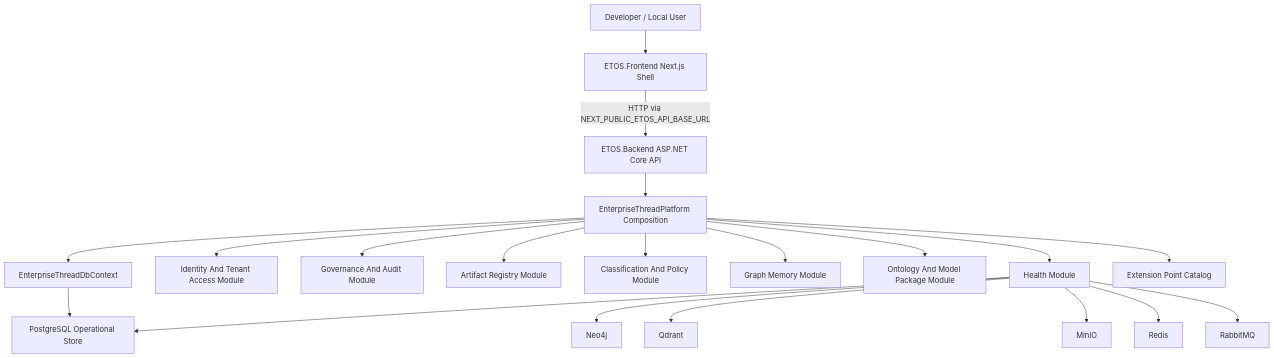
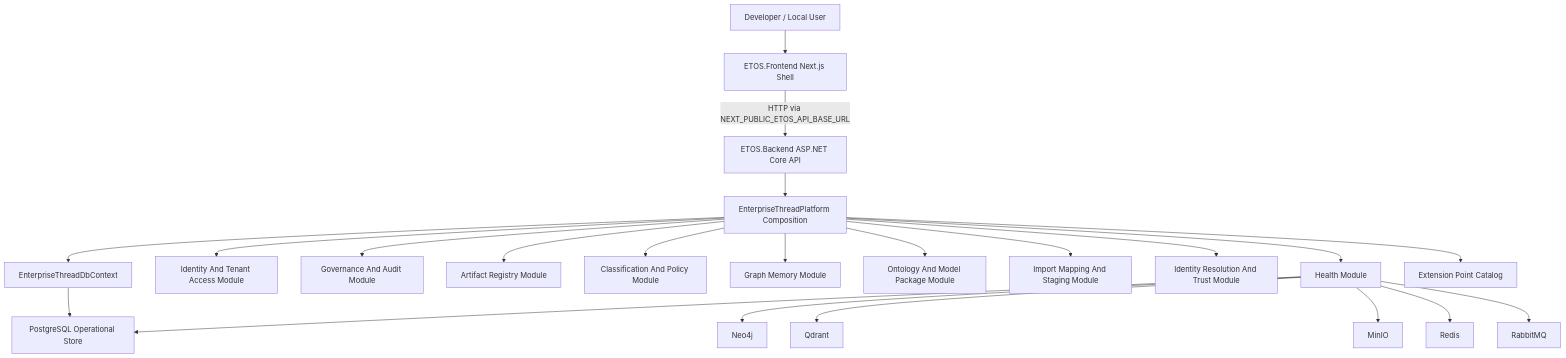
Before and after one commit to aribhw1892/EnterpriseThreadOS: the diagram in ARCHITECTURE.md, drawn with Mermaid. The commit also changed other lines of this file and 30 other files, not shown here.

````diff
--- a/ARCHITECTURE.md
+++ b/ARCHITECTURE.md
@@ -9,24 +9,26 @@
 ```mermaid
 flowchart TB
     user["Developer / Local User"] --> frontend["ETOS.Frontend Next.js Shell"]
     frontend -->|"HTTP via NEXT_PUBLIC_ETOS_API_BASE_URL"| backend["ETOS.Backend ASP.NET Core API"]
 
     backend --> platform["EnterpriseThreadPlatform Composition"]
     platform --> health["Health Module"]
     platform --> identity["Identity And Tenant Access Module"]
     platform --> governance["Governance And Audit Module"]
     platform --> artifacts["Artifact Registry Module"]
     platform --> classification["Classification And Policy Module"]
     platform --> graphmemory["Graph Memory Module"]
     platform --> ontology["Ontology And Model Package Module"]
+    platform --> imports["Import Mapping And Staging Module"]
+    platform --> identityresolution["Identity Resolution And Trust Module"]
     platform --> persistence["EnterpriseThreadDbContext"]
     platform --> extensions["Extension Point Catalog"]
 
     persistence --> postgres["PostgreSQL Operational Store"]
     health --> postgres
     health --> neo4j["Neo4j"]
     health --> qdrant["Qdrant"]
     health --> minio["MinIO"]
     health --> redis["Redis"]
     health --> rabbitmq["RabbitMQ"]
 ```
````
